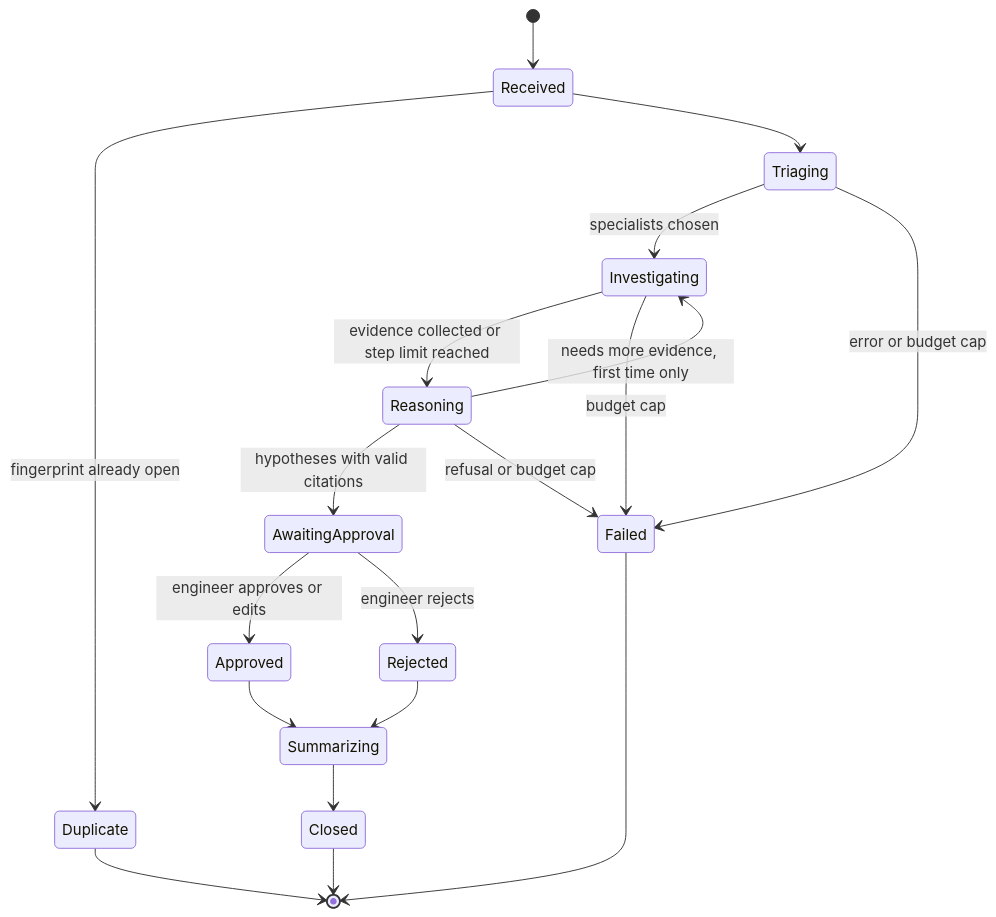
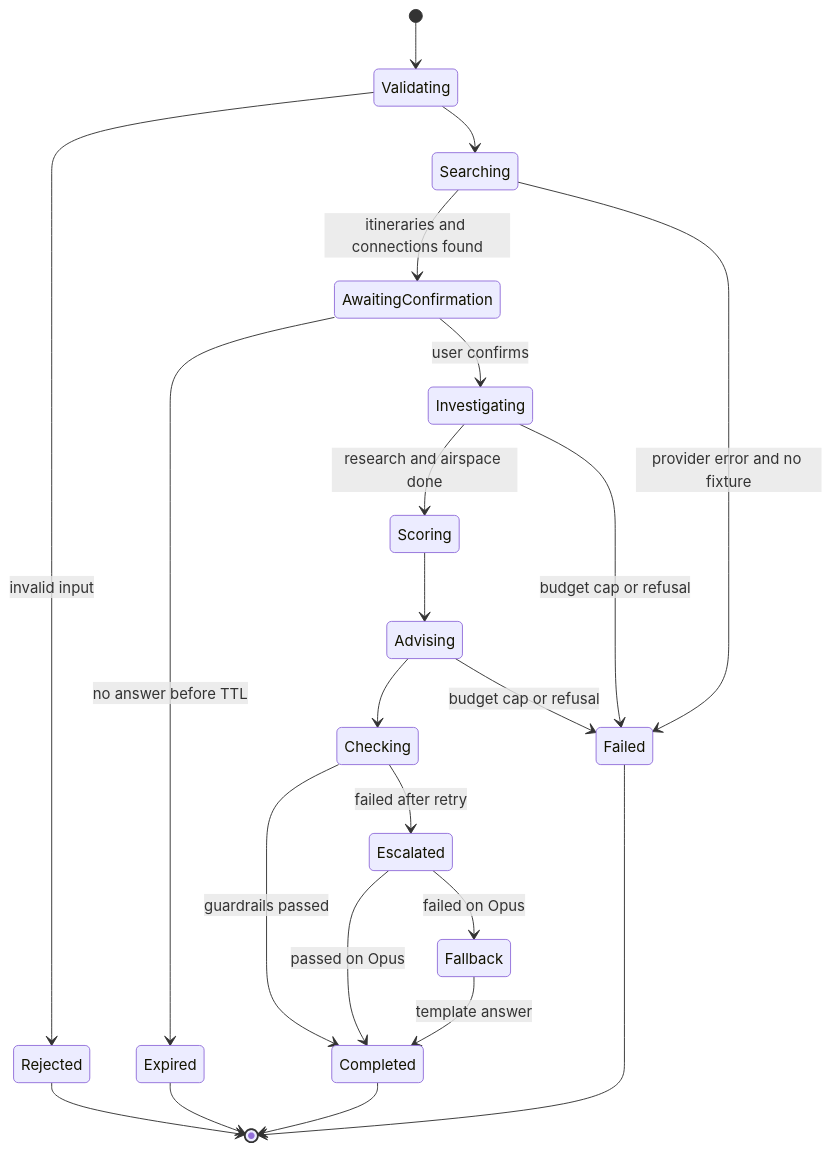
One commit to striderzz/SafeFlight-AgentOps changed the seventh of 10 diagrams in INFO.md. Above: the diagram before and after it, drawn with Mermaid. The commit also changed other lines of this file and 3 other files, not shown here.

````diff
--- a/INFO.md
+++ b/INFO.md
@@ -329,21 +424,24 @@
 ```mermaid
 stateDiagram-v2
-    [*] --> Received
-    Received --> Duplicate : fingerprint already open
-    Duplicate --> [*]
-    Received --> Triaging
-    Triaging --> Investigating : specialists chosen
-    Investigating --> Reasoning : evidence collected or step limit reached
-    Reasoning --> Investigating : needs more evidence, first time only
-    Reasoning --> AwaitingApproval : hypotheses with valid citations
-    AwaitingApproval --> Approved : engineer approves or edits
-    AwaitingApproval --> Rejected : engineer rejects
-    Approved --> Summarizing
-    Rejected --> Summarizing
-    Summarizing --> Closed
-    Closed --> [*]
-    Triaging --> Failed : error or budget cap
-    Investigating --> Failed : budget cap
-    Reasoning --> Failed : refusal or budget cap
+    [*] --> Validating
+    Validating --> Rejected : invalid input
+    Rejected --> [*]
+    Validating --> Searching
+    Searching --> AwaitingConfirmation : itineraries and connections found
+    Searching --> Failed : provider error and no fixture
+    AwaitingConfirmation --> Expired : no answer before TTL
+    Expired --> [*]
+    AwaitingConfirmation --> Investigating : user confirms
+    Investigating --> Scoring : research and airspace done
+    Scoring --> Advising
+    Advising --> Checking
+    Checking --> Completed : guardrails passed
+    Checking --> Escalated : failed after retry
+    Escalated --> Completed : passed on Opus
+    Escalated --> Fallback : failed on Opus
+    Fallback --> Completed : template answer
+    Completed --> [*]
+    Investigating --> Failed : budget cap or refusal
+    Advising --> Failed : budget cap or refusal
     Failed --> [*]
 ```
````
